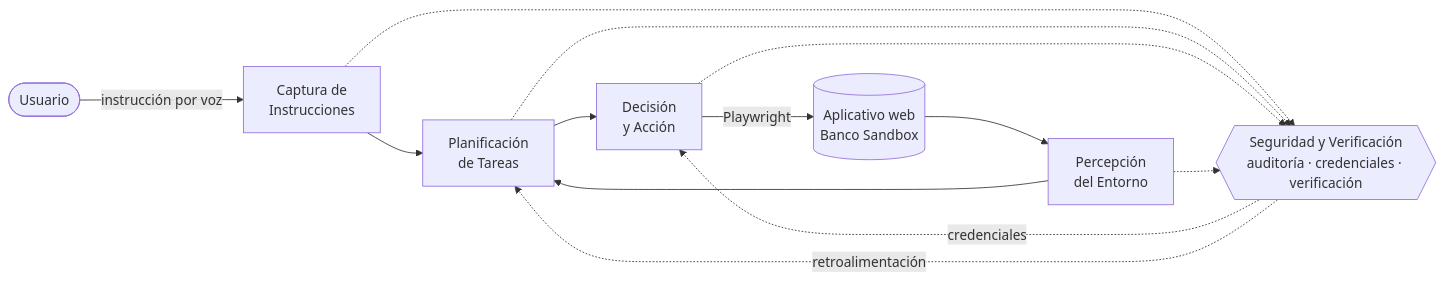
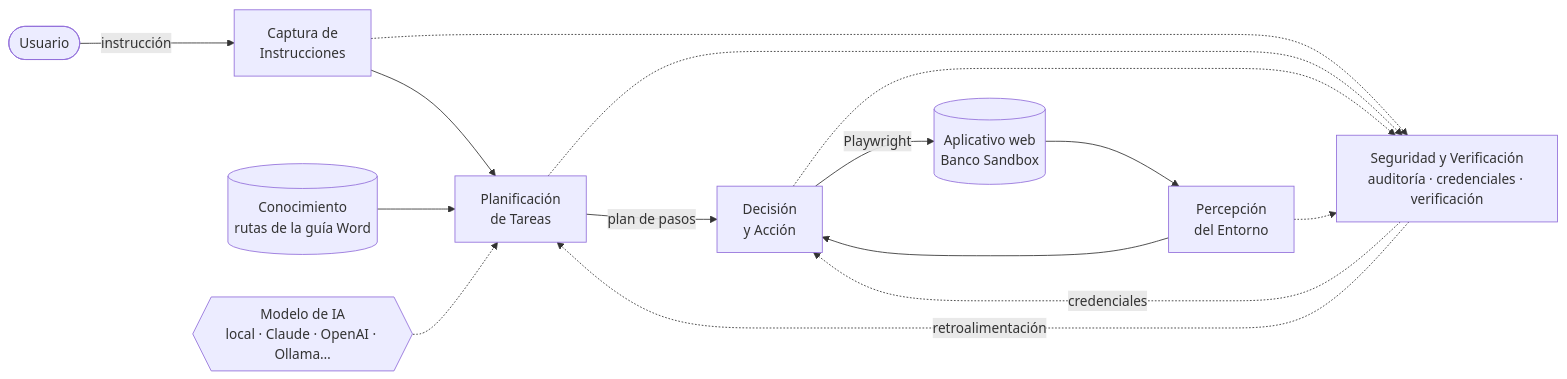
The diagram in README.md (RubenDRC/agente-autonomo-voz), drawn with Mermaid before and after one commit. The commit also changed other lines of this file and 40 other files, not shown here.

````diff
--- a/README.md
+++ b/README.md
@@ -11,16 +11,18 @@
 ```mermaid
 flowchart LR
-    U(["Usuario"]) -- "instrucción por voz" --> C["Captura de<br/>Instrucciones"]
+    U(["Usuario"]) -- "instrucción" --> C["Captura de<br/>Instrucciones"]
     C --> P["Planificación<br/>de Tareas"]
-    P --> D["Decisión<br/>y Acción"]
+    K[("Conocimiento<br/>rutas de la guía Word")] --> P
+    IA{{"Modelo de IA<br/>local · Claude · OpenAI · Ollama…"}} -.-> P
+    P -- "plan de pasos" --> D["Decisión<br/>y Acción"]
     D -- "Playwright" --> A[("Aplicativo web<br/>Banco Sandbox")]
     A --> E["Percepción<br/>del Entorno"]
-    E --> P
-    S{{"Seguridad y Verificación<br/>auditoría · credenciales · verificación"}}
+    E --> D
+    S["Seguridad y Verificación<br/>auditoría · credenciales · verificación"]
     C -.-> S
     P -.-> S
     D -.-> S
     E -.-> S
     S -. "credenciales" .-> D
     S -. "retroalimentación" .-> P
 ```
````
